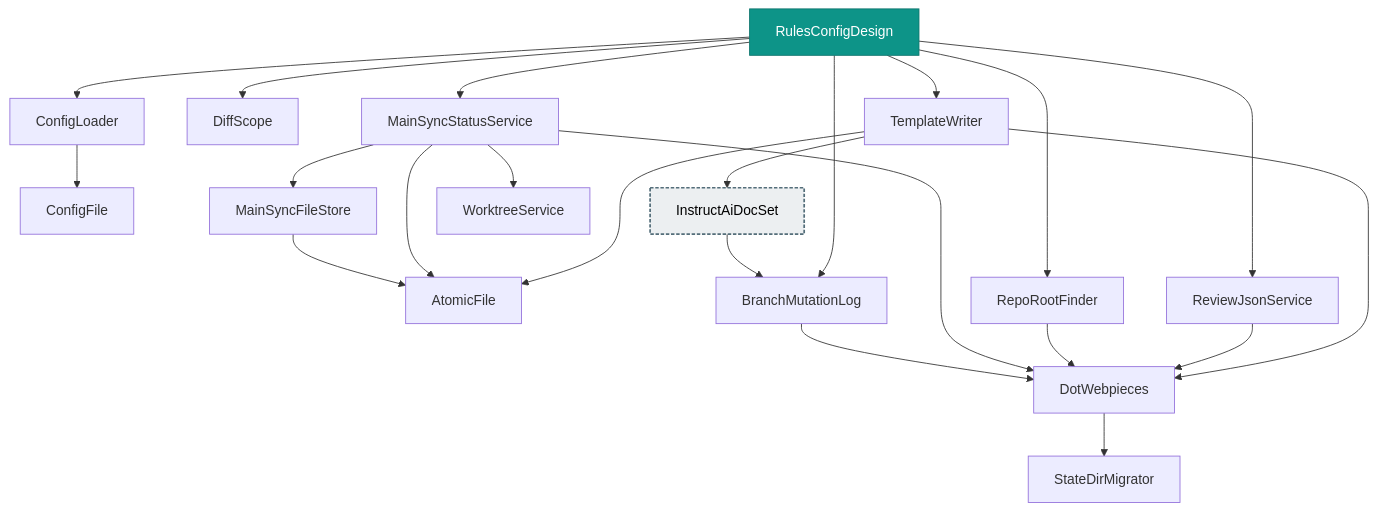
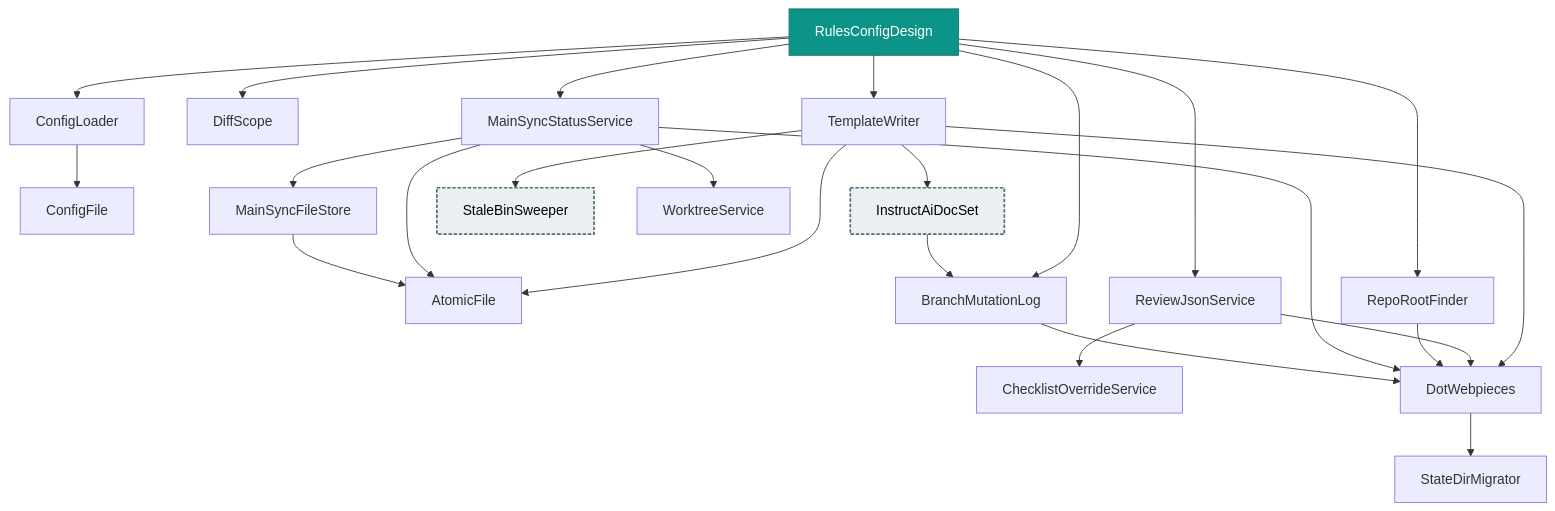
One commit to deanhiller/webpieces-ts changed the diagram in packages/tooling/rules-config/design.md. Above: the diagram before and after it, drawn with Mermaid. The commit also changed 26 other files, not shown here.

First line of the commit message:
Give the human override its own file, and sweep stale wp-* bin symlinks (#843)

````diff
--- a/packages/tooling/rules-config/design.md
+++ b/packages/tooling/rules-config/design.md
@@ -13,46 +13,50 @@
 ```mermaid
 graph TD
     AtomicFile["AtomicFile"]
     BranchMutationLog["BranchMutationLog"]
+    ChecklistOverrideService["ChecklistOverrideService"]
     ConfigFile["ConfigFile"]
     ConfigLoader["ConfigLoader"]
     DiffScope["DiffScope"]
     DotWebpieces["DotWebpieces"]
     InstructAiDocSet["InstructAiDocSet"]:::many
     MainSyncFileStore["MainSyncFileStore"]
     MainSyncStatusService["MainSyncStatusService"]
     RepoRootFinder["RepoRootFinder"]
     ReviewJsonService["ReviewJsonService"]
     RulesConfigDesign["RulesConfigDesign"]:::apiImpl
+    StaleBinSweeper["StaleBinSweeper"]:::many
     StateDirMigrator["StateDirMigrator"]
     TemplateWriter["TemplateWriter"]
     WorktreeService["WorktreeService"]
     BranchMutationLog --> DotWebpieces
     ConfigLoader --> ConfigFile
     DotWebpieces --> StateDirMigrator
     InstructAiDocSet --> BranchMutationLog
     MainSyncFileStore --> AtomicFile
     MainSyncStatusService --> AtomicFile
     MainSyncStatusService --> DotWebpieces
     MainSyncStatusService --> MainSyncFileStore
     MainSyncStatusService --> WorktreeService
     RepoRootFinder --> DotWebpieces
+    ReviewJsonService --> ChecklistOverrideService
     ReviewJsonService --> DotWebpieces
     RulesConfigDesign --> BranchMutationLog
     RulesConfigDesign --> ConfigLoader
     RulesConfigDesign --> DiffScope
     RulesConfigDesign --> MainSyncStatusService
     RulesConfigDesign --> RepoRootFinder
     RulesConfigDesign --> ReviewJsonService
     RulesConfigDesign --> TemplateWriter
     TemplateWriter --> AtomicFile
     TemplateWriter --> DotWebpieces
     TemplateWriter --> InstructAiDocSet
+    TemplateWriter --> StaleBinSweeper
     classDef controller fill:#1f6feb,color:#ffffff,stroke:#0d419d
     classDef apiImpl fill:#0d9488,color:#ffffff,stroke:#0f766e
     classDef component fill:#2da44e,color:#ffffff,stroke:#1a7f37
     classDef unresolved fill:#f0ad4e,color:#000000,stroke:#b8860b,stroke-dasharray: 5 5
     classDef external fill:#b39ddb,color:#000000,stroke:#5e35b1,stroke-width:3px
     classDef api fill:#4fc3f7,color:#000000,stroke:#0277bd,stroke-width:3px
     classDef many fill:#eceff1,color:#000000,stroke:#546e7a,stroke-width:2px,stroke-dasharray: 4 2
 ```
````
